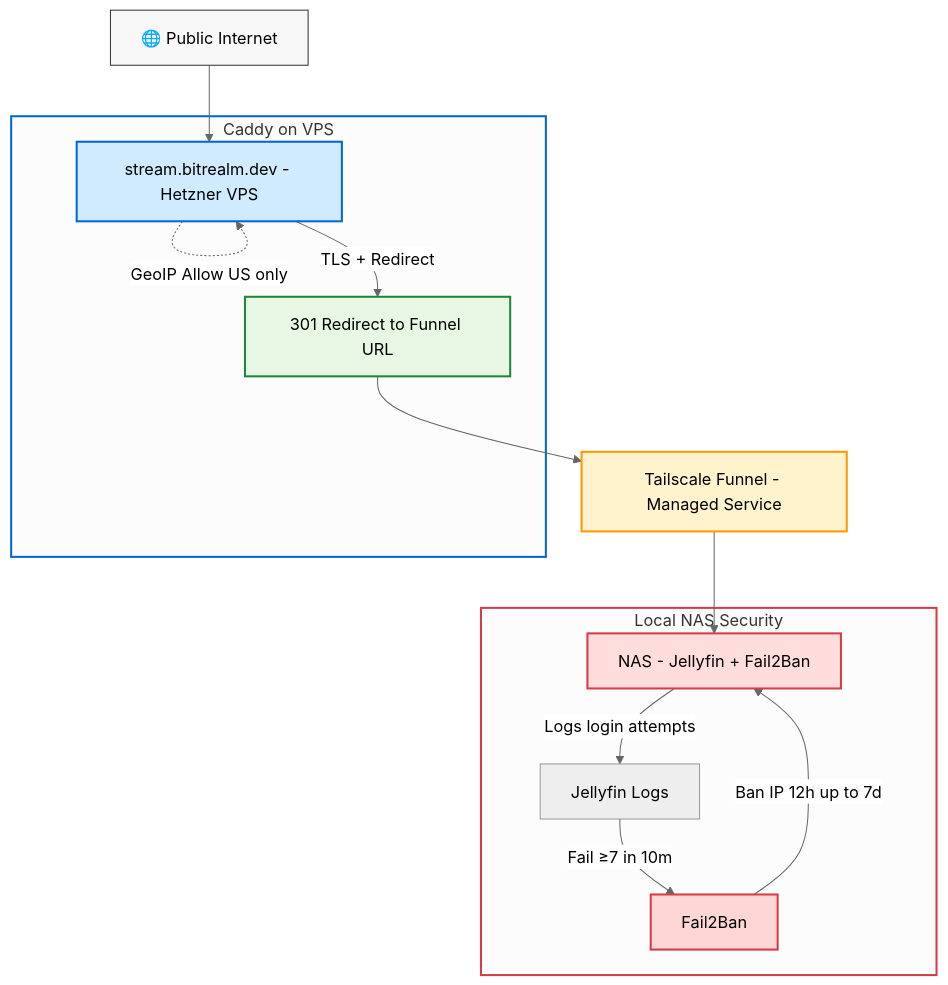
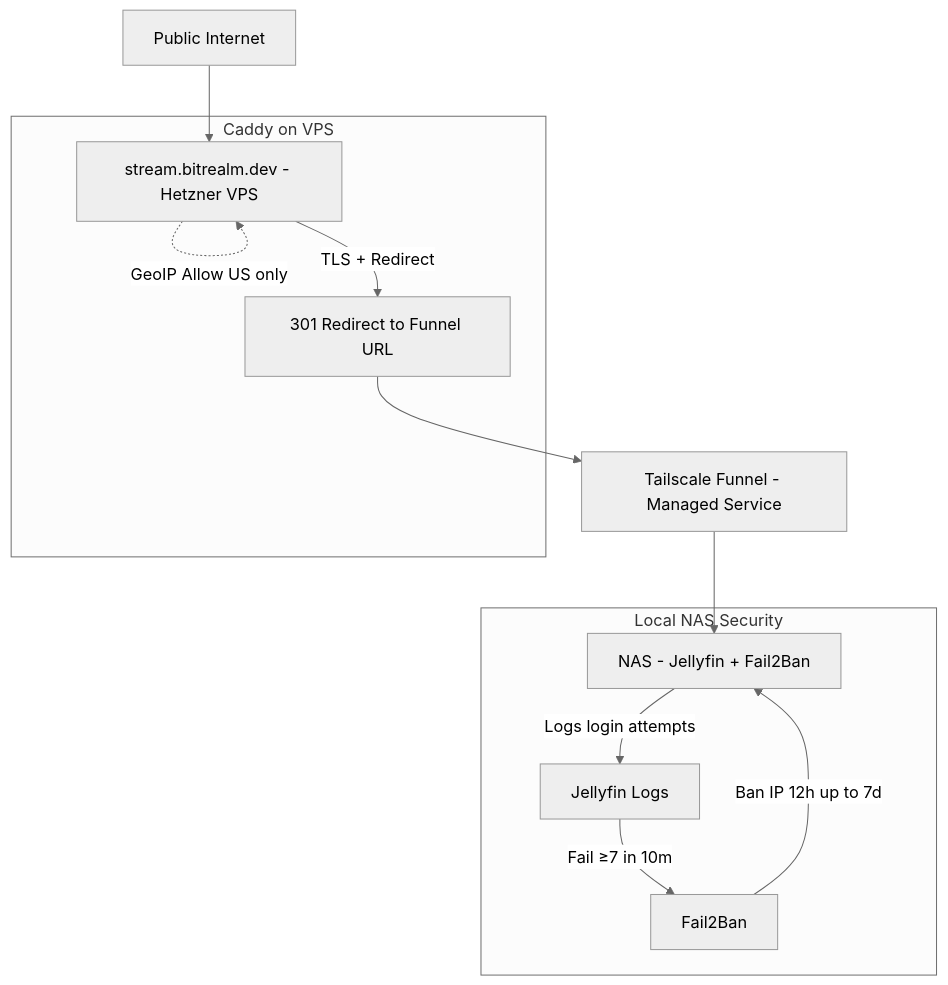
Before and after one commit to mbeisser1/homelab: the second of 2 diagrams in docs/homelab/nas/network/network.md, drawn with Mermaid (neutral theme).

````diff
--- a/docs/homelab/nas/network/network.md
+++ b/docs/homelab/nas/network/network.md
@@ -10,30 +10,21 @@
 ```mermaid
 flowchart TD
-    A[🌐 Public Internet] --> B[stream.bitrealm.dev - Hetzner VPS]
+    A[ Public Internet] --> B[stream.bitrealm.dev - Hetzner VPS]
 
     subgraph VPS[Caddy on VPS]
         B -->|TLS + Redirect| C[301 Redirect to Funnel URL]
         B -.->|Block POST/PUT/PATCH/DELETE → 405| B
         B -.->|Block Bot UAs → 403| B
         B -.->|Rate-limit 120/min/IP → 429| B
         B -.->|GeoIP Allow US only| B
     end
 
     C --> D[Tailscale Funnel - Managed Service]
     D --> E[NAS - Jellyfin + Fail2Ban]
 
     subgraph NAS[Local NAS Security]
         E -->|Logs login attempts| F[Jellyfin Logs]
         F -->|Fail ≥7 in 10m| G[Fail2Ban]
         G -->|Ban IP 12h up to 7d| E
     end
-
-    style A fill:#f8f8f8,stroke:#333,stroke-width:1px
-    style B fill:#d0ebff,stroke:#0366d6,stroke-width:2px
-    style VPS stroke:#0366d6,stroke-width:2px
-    style C fill:#e8f7e4,stroke:#22863a,stroke-width:2px
-    style D fill:#fff3cd,stroke:#ff9900,stroke-width:2px
-    style E fill:#fdd,stroke:#d73a49,stroke-width:2px
-    style NAS stroke:#d73a49,stroke-width:2px
-    style G fill:#ffd6d6,stroke:#d73a49,stroke-width:2px
 ```
````
